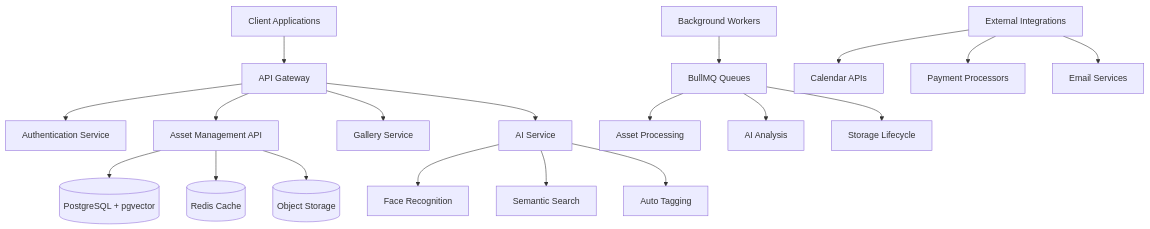
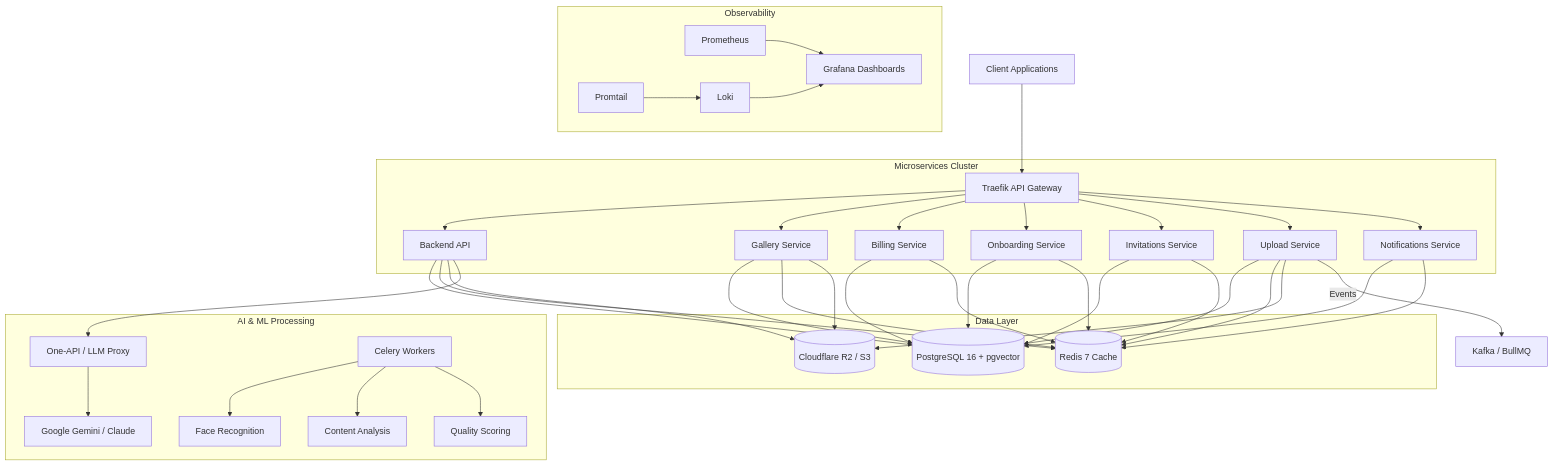
The diagram in README.md (veerababumanyam/RawDrive), drawn with Mermaid before and after one commit. The commit also changed other lines of this file and 5 other files, not shown here.

Commit message:
docs: Align all architecture and tech stack docs with v0.3.0 microservices

````diff
--- a/README.md
+++ b/README.md
@@ -108,25 +108,36 @@
 ```mermaid
 graph TB
-    A[Client Applications] --> B[API Gateway]
-    B --> C[Authentication Service]
-    B --> D[Asset Management API]
-    B --> E[Gallery Service]
-    B --> F[AI Service]
+    A[Client Applications] --> B[Traefik API Gateway]
+    
+    subgraph "Microservices Cluster"
+        B --> C[Backend API]
+        B --> D[Gallery Service]
+        B --> E[Billing Service]
+        B --> F[Onboarding Service]
+        B --> G[Invitations Service]
+        B --> H[Upload Service]
+        B --> I[Notifications Service]
+    end
 
-    D --> G[(PostgreSQL + pgvector)]
-    D --> H[(Redis Cache)]
-    D --> I[(Object Storage)]
+    subgraph "Data Layer"
+        C & D & E & F & G & H & I --> J[(PostgreSQL 16 + pgvector)]
+        C & D & E & F & G & H & I --> K[(Redis 7 Cache)]
+        C & D & H --> L[(Cloudflare R2 / S3)]
+    end
 
-    F --> J[Face Recognition]
-    F --> K[Semantic Search]
-    F --> L[Auto Tagging]
+    subgraph "AI & ML Processing"
+        C --> M[One-API / LLM Proxy]
+        M --> N[Google Gemini / Claude]
+        O[Celery Workers] --> P[Face Recognition]
+        O --> Q[Content Analysis]
+        O --> R[Quality Scoring]
+    end
 
-    M[Background Workers] --> N[BullMQ Queues]
-    N --> O[Asset Processing]
-    N --> P[AI Analysis]
-    N --> Q[Storage Lifecycle]
+    subgraph "Observability"
+        S[Prometheus] --> T[Grafana Dashboards]
+        U[Loki] --> T
+        V[Promtail] --> U
+    end
 
-    R[External Integrations] --> S[Calendar APIs]
-    R --> T[Payment Processors]
-    R --> U[Email Services]
+    H -- Events --> W[Kafka / BullMQ]
 ```
````
